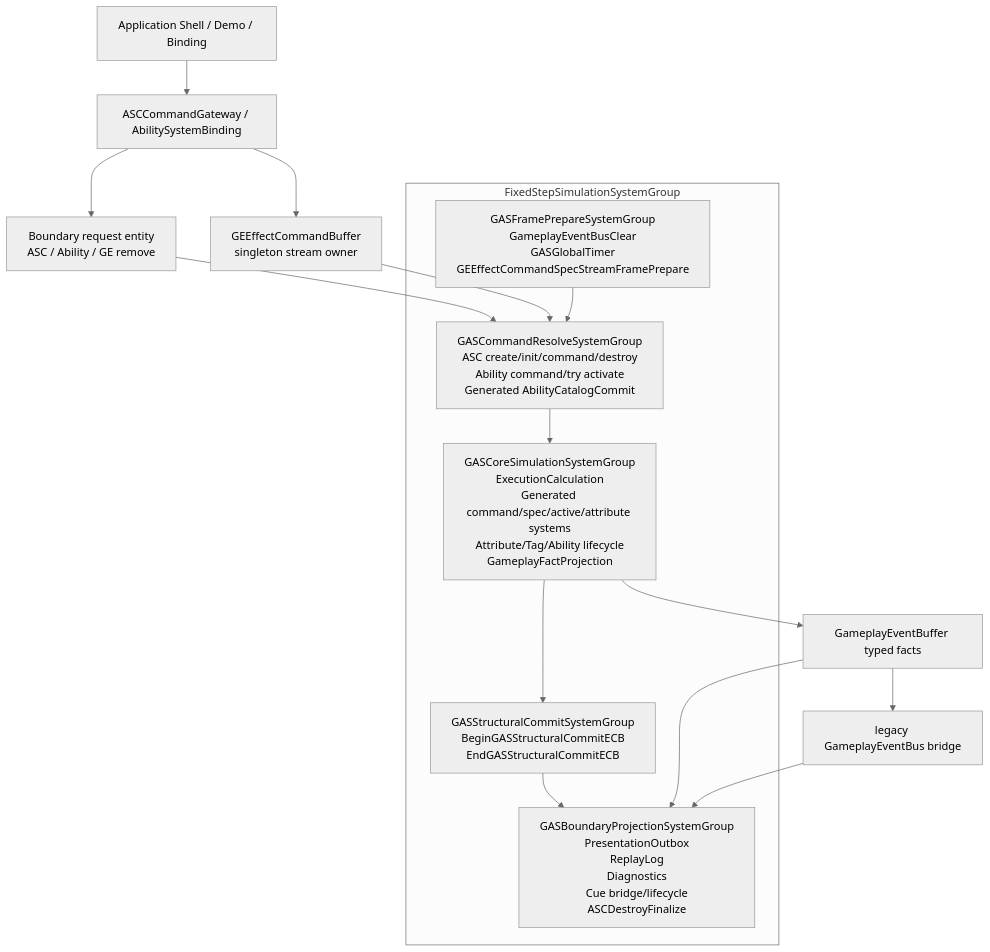
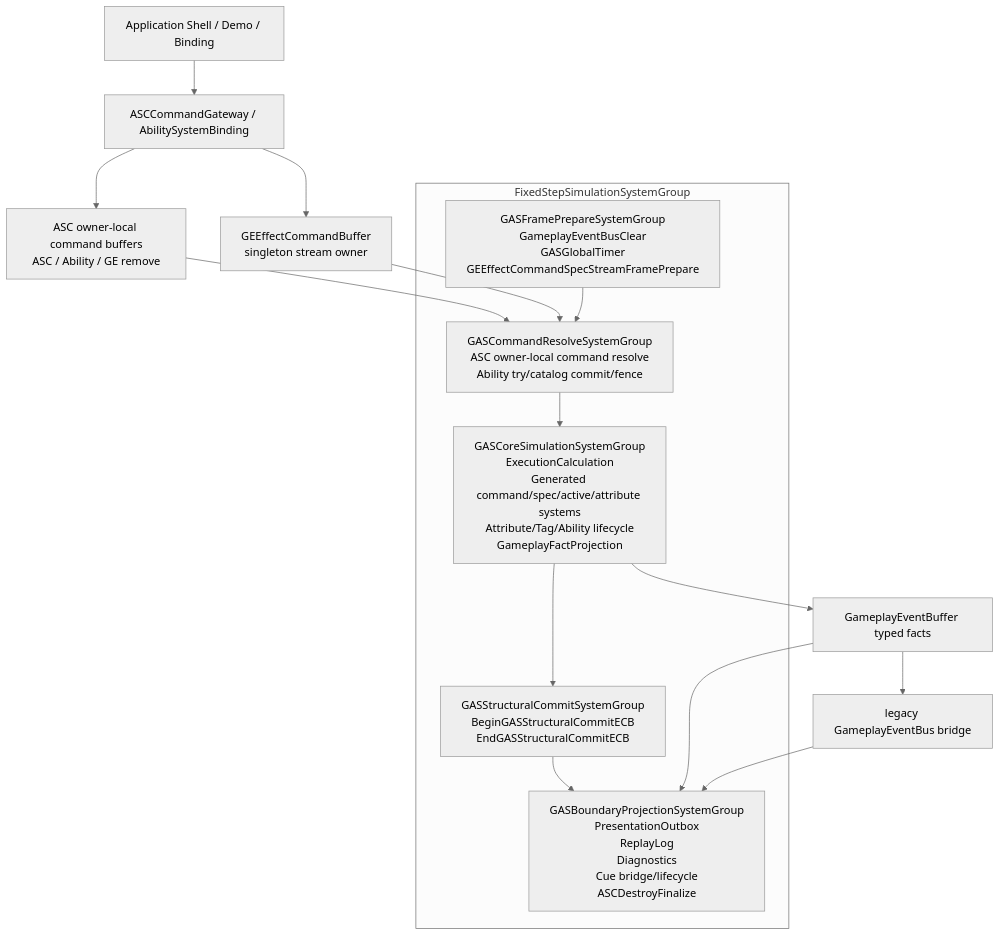
Before and after one commit to Bo-ki/gameplay-ability-system-for-unity: the first of 2 diagrams in 方案讨论/针对2.0的ECS架构的迭代方案讨论/00-当前架构事实/当前架构图.md, drawn with Mermaid (neutral theme). The commit also changed other lines of this file and 73 other files, not shown here.

````diff
--- a/方案讨论/针对2.0的ECS架构的迭代方案讨论/00-当前架构事实/当前架构图.md
+++ b/方案讨论/针对2.0的ECS架构的迭代方案讨论/00-当前架构事实/当前架构图.md
@@ -7,24 +7,24 @@
 ```mermaid
 flowchart TD
     Shell["Application Shell / Demo / Binding"] --> Gateway["ASCCommandGateway / AbilitySystemBinding"]
-    Gateway --> BoundaryRequests["Boundary request entity\nASC / Ability / GE remove"]
+    Gateway --> OwnerCommands["ASC owner-local command buffers\nASC / Ability / GE remove"]
     Gateway --> EffectCommand["GEEffectCommandBuffer\nsingleton stream owner"]
 
-    BoundaryRequests --> CommandResolve["GASCommandResolveSystemGroup"]
+    OwnerCommands --> CommandResolve["GASCommandResolveSystemGroup"]
     EffectCommand --> CommandResolve
 
     subgraph FixedStep["FixedStepSimulationSystemGroup"]
         FramePrepare["GASFramePrepareSystemGroup\nGameplayEventBusClear\nGASGlobalTimer\nGEEffectCommandSpecStreamFramePrepare"]
-        CommandResolve["GASCommandResolveSystemGroup\nASC create/init/command/destroy\nAbility command/try activate\nGenerated AbilityCatalogCommit"]
+        CommandResolve["GASCommandResolveSystemGroup\nASC owner-local command resolve\nAbility try/catalog commit/fence"]
         Core["GASCoreSimulationSystemGroup\nExecutionCalculation\nGenerated command/spec/active/attribute systems\nAttribute/Tag/Ability lifecycle\nGameplayFactProjection"]
         Structural["GASStructuralCommitSystemGroup\nBeginGASStructuralCommitECB\nEndGASStructuralCommitECB"]
         Boundary["GASBoundaryProjectionSystemGroup\nPresentationOutbox\nReplayLog\nDiagnostics\nCue bridge/lifecycle\nASCDestroyFinalize"]
     end
 
     FramePrepare --> CommandResolve --> Core --> Structural --> Boundary
 
     Core --> TypedFacts["GameplayEventBuffer typed facts"]
     TypedFacts --> LegacyBus["legacy GameplayEventBus bridge"]
     TypedFacts --> Boundary
     LegacyBus --> Boundary
 ```
````
